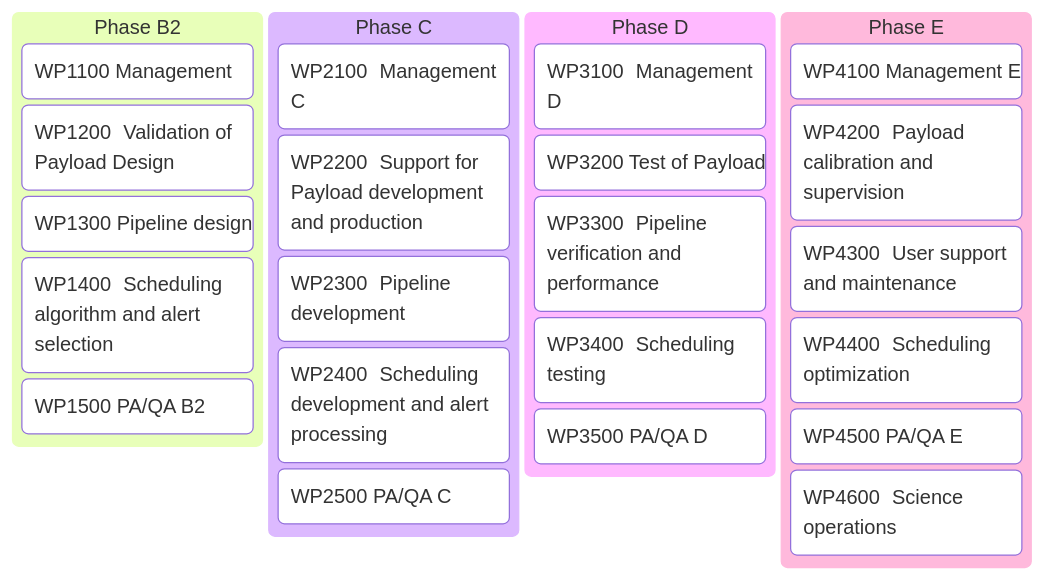
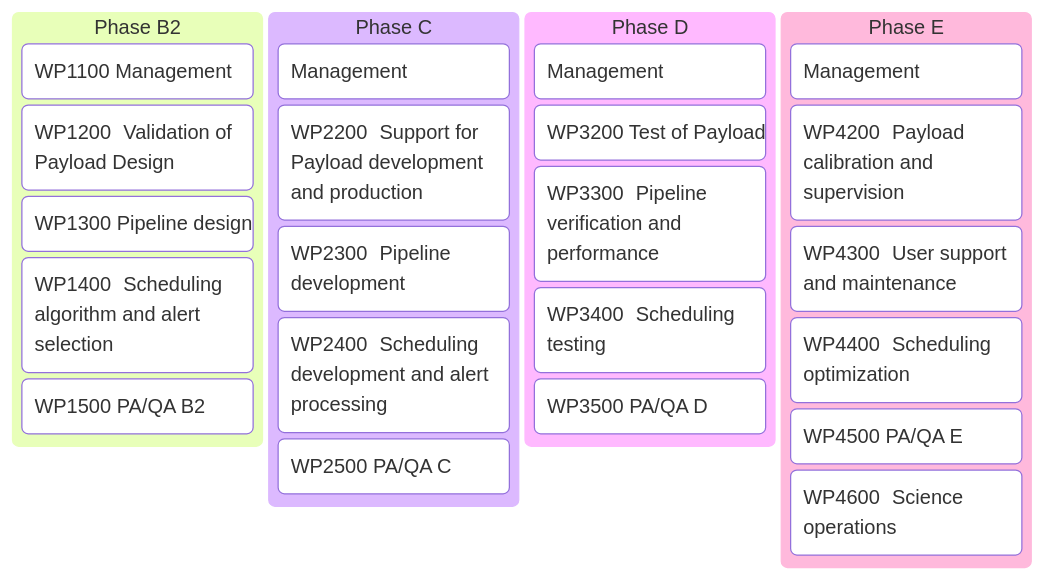
Before and after one commit to limu007/quvik: the diagram in calib/Workflow.md, drawn with Mermaid.

````diff
--- a/calib/Workflow.md
+++ b/calib/Workflow.md
@@ -4,33 +4,33 @@
 ```mermaid
 ---
 config:
   kanban:
     ticketBaseUrl: 'https://quvik.cz/browse/#TICKET#'
 ---
 kanban
   Phase B2
     [WP1100 Management]
     WP1200	Validation of Payload Design
     WP1300	Pipeline design
     WP1400	Scheduling algorithm and alert selection
     WP1500	PA/QA B2
   [Phase C]
-    WP2100	Management C
+    WP2100[Management]
     WP2200	Support for Payload development and production
     WP2300	Pipeline development
     WP2400	Scheduling development and alert processing
     WP2500	PA/QA C
   id9[Phase D]
-    WP3100	Management D
+    WP3100[Management]
     WP3200	Test of Payload
     WP3300	Pipeline verification and performance
     WP3400	Scheduling testing
     WP3500	PA/QA D
   id10[Phase E]
-    WP4100	Management E
+    WP4100[Management]
     WP4200	Payload calibration and supervision
     WP4300	User support and maintenance
     WP4400	Scheduling optimization
     WP4500	PA/QA E
     WP4600	Science operations
 ```
````
